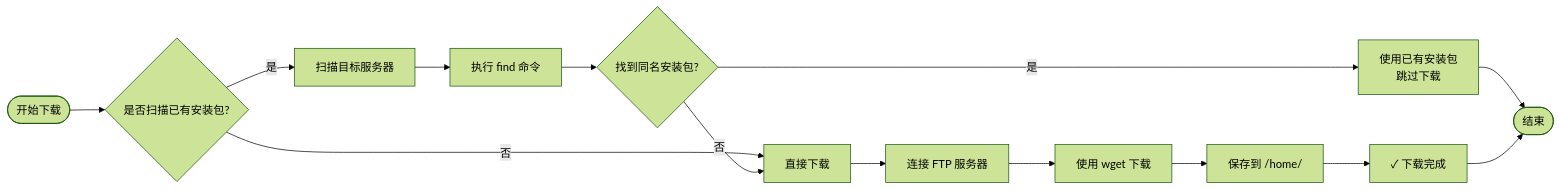
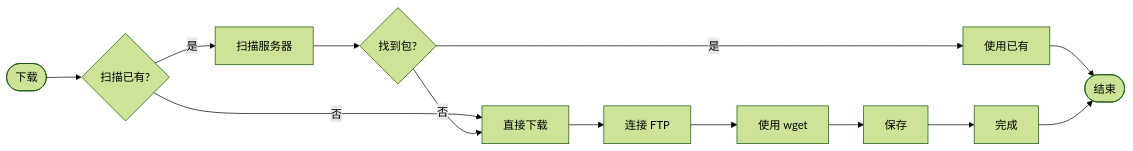
Diagram 12 of 42 in 逻辑流程文档.md (weihang1258/dpiAutoExcel), drawn with Mermaid (forest theme) before and after one commit. The commit also changed other lines of this file and 1 other file, not shown here.

First line of the commit message:
docs: 进一步优化流程图，统一字体大小和布局

````diff
--- a/逻辑流程文档.md
+++ b/逻辑流程文档.md
@@ -363,19 +363,15 @@
 ```mermaid
 graph LR
-    Start([开始下载]) --> A{是否扫描已有安装包?}
+    Start([下载]) --> A{扫描已有?}
     A -->|否| B[直接下载]
-    A -->|是| C[扫描目标服务器]
-    C --> D[执行 find 命令]
-
-    D --> E{找到同名安装包?}
-    E -->|是| F[使用已有安装包<br/>跳过下载]
-    E -->|否| B
-
-    B --> G[连接 FTP 服务器]
-    G --> H[使用 wget 下载]
-    H --> I[保存到 /home/]
-    I --> J[✓ 下载完成]
-
-    F --> End([结束])
-    J --> End
+    A -->|是| C[扫描服务器]
+    C --> D{找到包?}
+    D -->|是| E[使用已有]
+    D -->|否| B
+    B --> F[连接 FTP]
+    F --> G[使用 wget]
+    G --> H[保存]
+    H --> I[完成]
+    E --> End([结束])
+    I --> End
 ```
````
